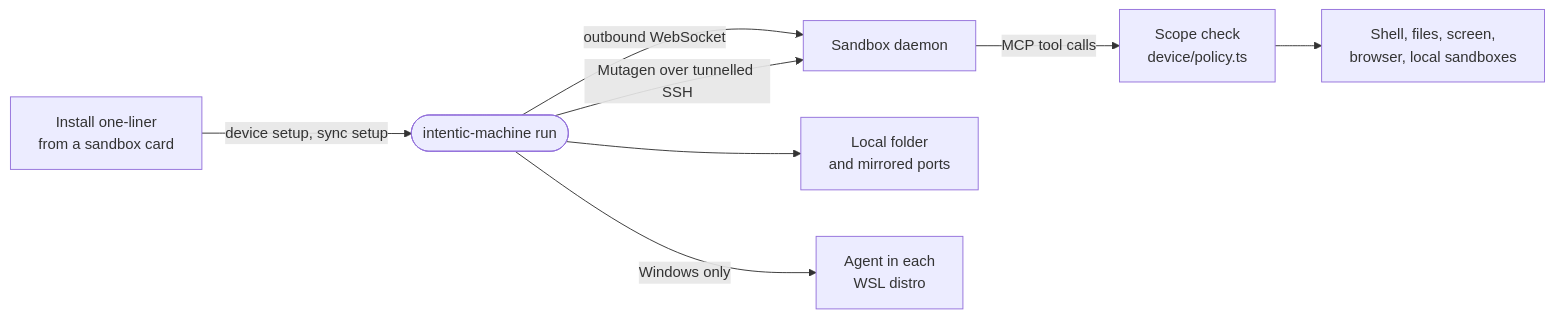
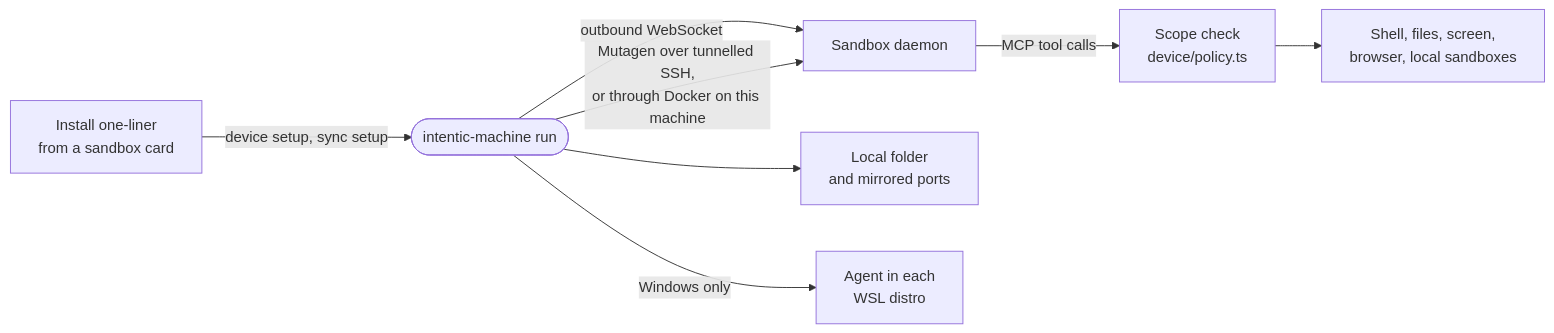
Before and after one commit to intentic/intentic: the diagram in _devices/machine/README.md, drawn with Mermaid. The commit also changed other lines of this file and 28 other files, not shown here.

First line of the commit message:
feat(machine): add docker SyncTransport in sync setup via transportFor and pairingEndpoint

````diff
--- a/_devices/machine/README.md
+++ b/_devices/machine/README.md
@@ -5,10 +5,10 @@
 ```mermaid
 flowchart LR
     shim["Install one-liner<br/>from a sandbox card"] -->|"device setup, sync setup"| machine(["intentic-machine run"])
     machine -->|"outbound WebSocket"| daemon["Sandbox daemon"]
     daemon -->|"MCP tool calls"| policy["Scope check<br/>device/policy.ts"]
     policy --> local["Shell, files, screen,<br/>browser, local sandboxes"]
-    machine -->|"Mutagen over tunnelled SSH"| daemon
+    machine -->|"Mutagen over tunnelled SSH,<br/>or through Docker on this machine"| daemon
     machine --> folder["Local folder<br/>and mirrored ports"]
     machine -->|"Windows only"| distros["Agent in each<br/>WSL distro"]
 ```
````
